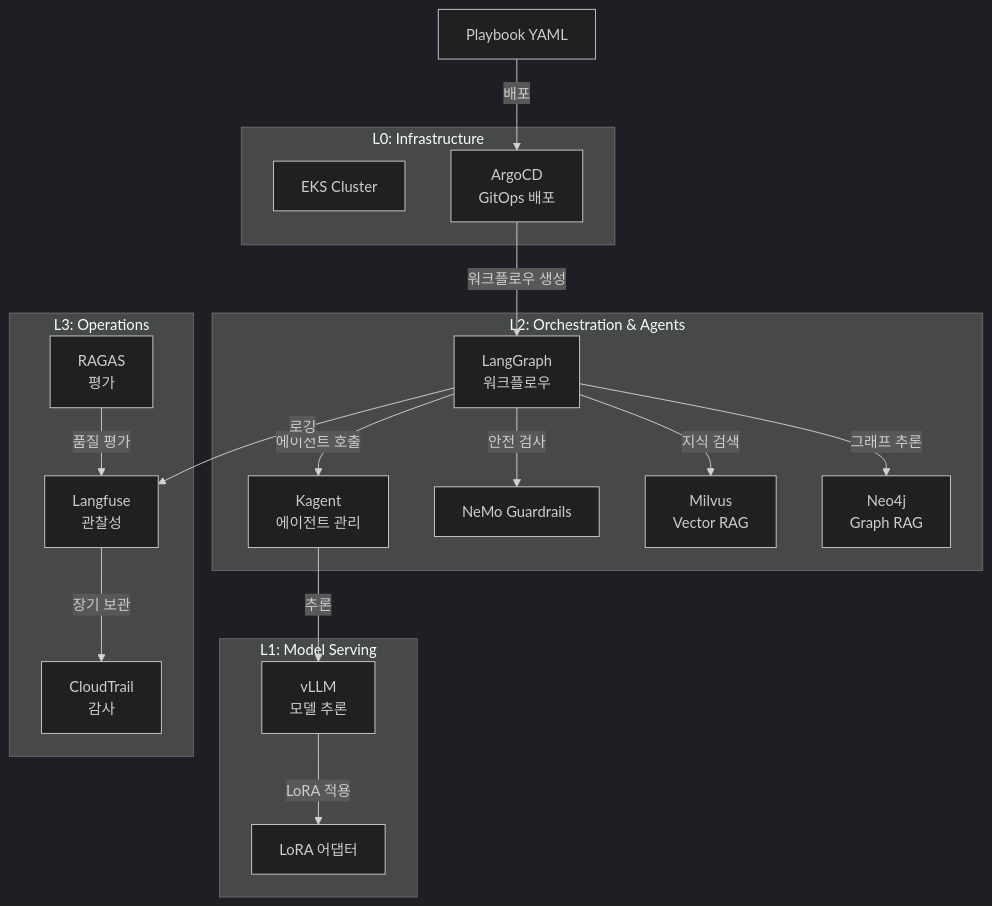
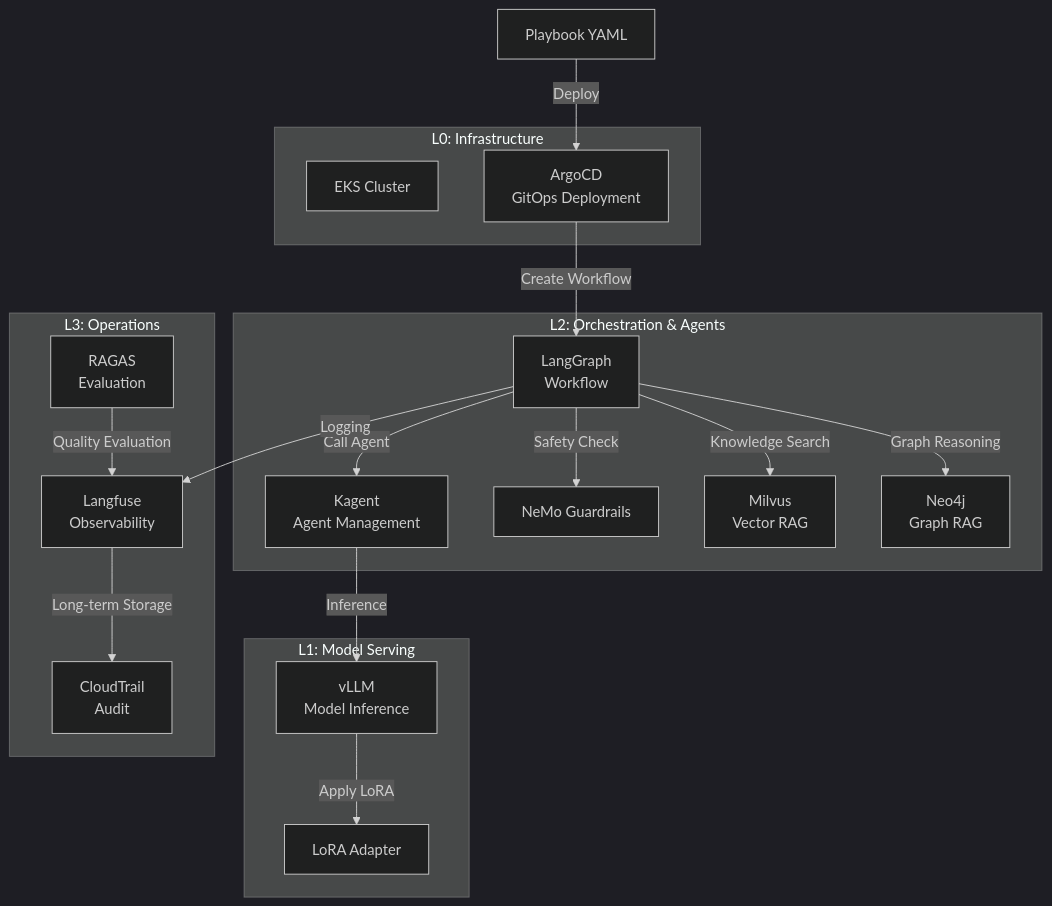
One commit to devfloor9/engineering-playbook changed the first of 4 diagrams in docs/agentic-ai-platform/operations-mlops/governance/agentic-playbook.md. Above: the diagram before and after it, drawn with Mermaid (dark theme). The commit also changed other lines of this file and 954 other files, not shown here.

````diff
--- a/docs/agentic-ai-platform/operations-mlops/governance/agentic-playbook.md
+++ b/docs/agentic-ai-platform/operations-mlops/governance/agentic-playbook.md
@@ -203,38 +203,38 @@
 ```mermaid
 graph TB
     subgraph "L0: Infrastructure"
         EKS[EKS Cluster]
-        ArgoCD[ArgoCD<br/>GitOps 배포]
+        ArgoCD[ArgoCD<br/>GitOps Deployment]
     end
     
     subgraph "L1: Model Serving"
-        vLLM[vLLM<br/>모델 추론]
-        LoRA[LoRA 어댑터]
+        vLLM[vLLM<br/>Model Inference]
+        LoRA[LoRA Adapter]
     end
     
     subgraph "L2: Orchestration & Agents"
-        LangGraph[LangGraph<br/>워크플로우]
-        Kagent[Kagent<br/>에이전트 관리]
+        LangGraph[LangGraph<br/>Workflow]
+        Kagent[Kagent<br/>Agent Management]
         Guardrails[NeMo Guardrails]
         Milvus[Milvus<br/>Vector RAG]
         Neo4j[Neo4j<br/>Graph RAG]
     end
     
     subgraph "L3: Operations"
-        Langfuse[Langfuse<br/>관찰성]
-        RAGAS[RAGAS<br/>평가]
-        CloudTrail[CloudTrail<br/>감사]
+        Langfuse[Langfuse<br/>Observability]
+        RAGAS[RAGAS<br/>Evaluation]
+        CloudTrail[CloudTrail<br/>Audit]
     end
     
-    Playbook[Playbook YAML] -->|배포| ArgoCD
-    ArgoCD -->|워크플로우 생성| LangGraph
-    LangGraph -->|에이전트 호출| Kagent
-    Kagent -->|추론| vLLM
-    vLLM -->|LoRA 적용| LoRA
-    LangGraph -->|안전 검사| Guardrails
-    LangGraph -->|지식 검색| Milvus
-    LangGraph -->|그래프 추론| Neo4j
-    LangGraph -->|로깅| Langfuse
-    Langfuse -->|장기 보관| CloudTrail
-    RAGAS -->|품질 평가| Langfuse
+    Playbook[Playbook YAML] -->|Deploy| ArgoCD
+    ArgoCD -->|Create Workflow| LangGraph
+    LangGraph -->|Call Agent| Kagent
+    Kagent -->|Inference| vLLM
+    vLLM -->|Apply LoRA| LoRA
+    LangGraph -->|Safety Check| Guardrails
+    LangGraph -->|Knowledge Search| Milvus
+    LangGraph -->|Graph Reasoning| Neo4j
+    LangGraph -->|Logging| Langfuse
+    Langfuse -->|Long-term Storage| CloudTrail
+    RAGAS -->|Quality Evaluation| Langfuse
 ```
````
